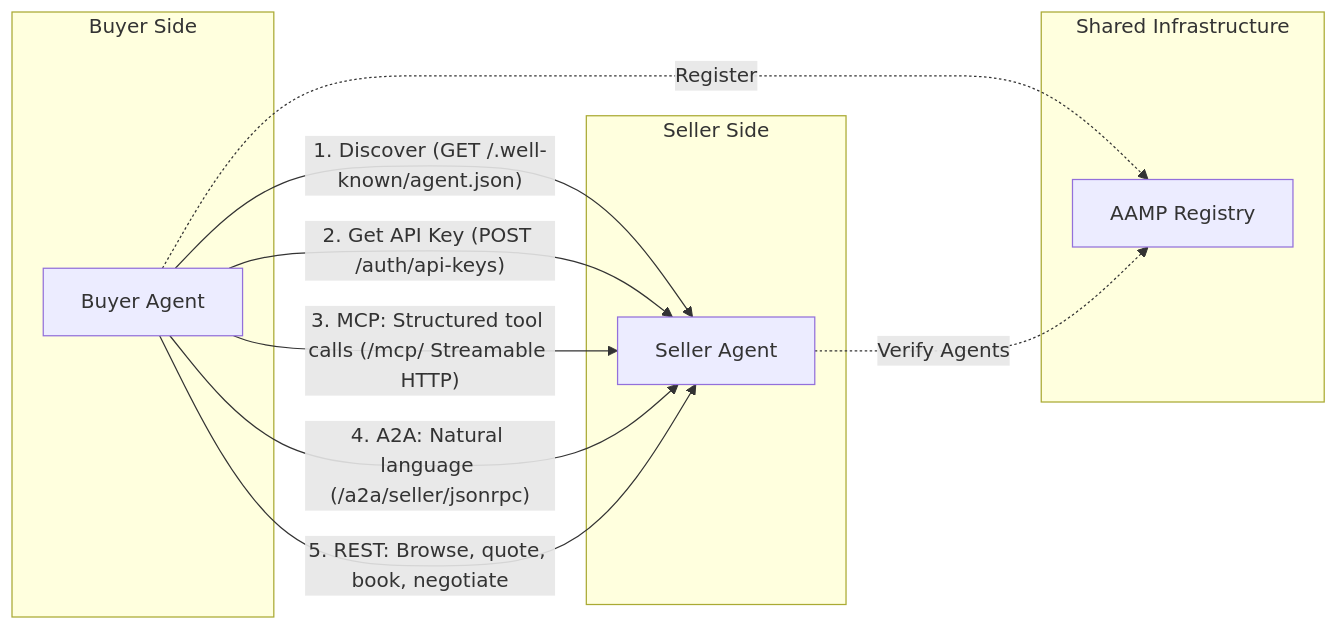
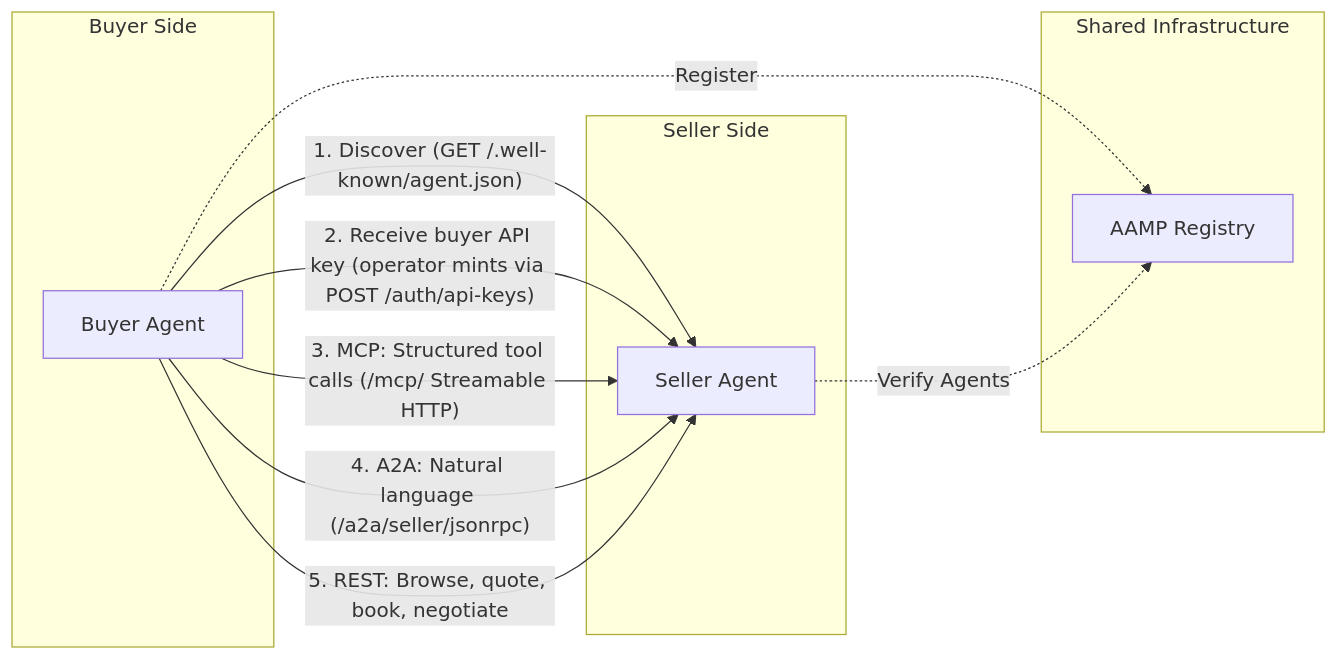
Before and after one commit to IABTechLab/seller-agent: the third of 3 diagrams in docs/architecture/overview.md, drawn with Mermaid. The commit also changed 18 other files, not shown here.

Commit message:
updates documents. adds specific operator key request object

````diff
--- a/docs/architecture/overview.md
+++ b/docs/architecture/overview.md
@@ -182,23 +182,23 @@
 ```mermaid
 graph LR
     subgraph "Buyer Side"
         BA[Buyer Agent]
     end
 
     subgraph "Seller Side"
         SA[Seller Agent]
     end
 
     subgraph "Shared Infrastructure"
         AAMP[AAMP Registry]
     end
 
     BA -->|"1. Discover (GET /.well-known/agent.json)"| SA
-    BA -->|"2. Get API Key (POST /auth/api-keys)"| SA
+    BA -->|"2. Receive buyer API key (operator mints via POST /auth/api-keys)"| SA
     BA -->|"3. MCP: Structured tool calls (/mcp/ Streamable HTTP)"| SA
     BA -->|"4. A2A: Natural language (/a2a/seller/jsonrpc)"| SA
     BA -->|"5. REST: Browse, quote, book, negotiate"| SA
 
     BA -.->|Register| AAMP
     SA -.->|Verify Agents| AAMP
 ```
````
